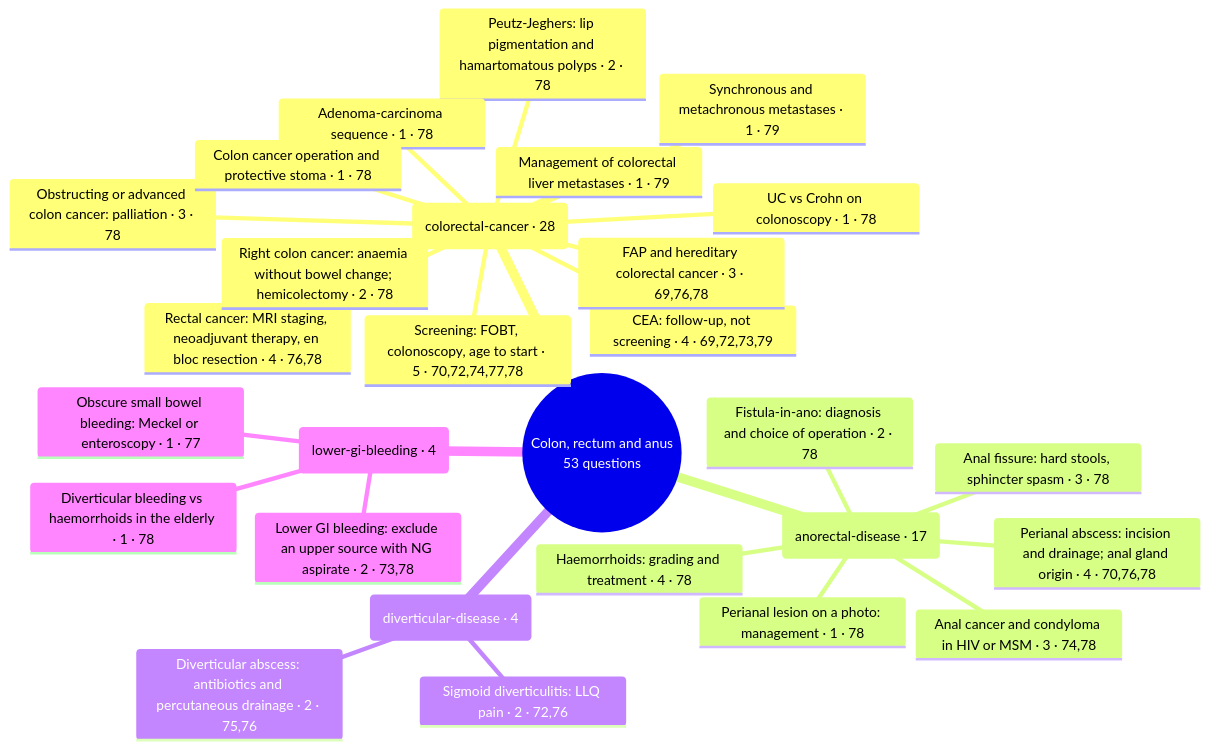
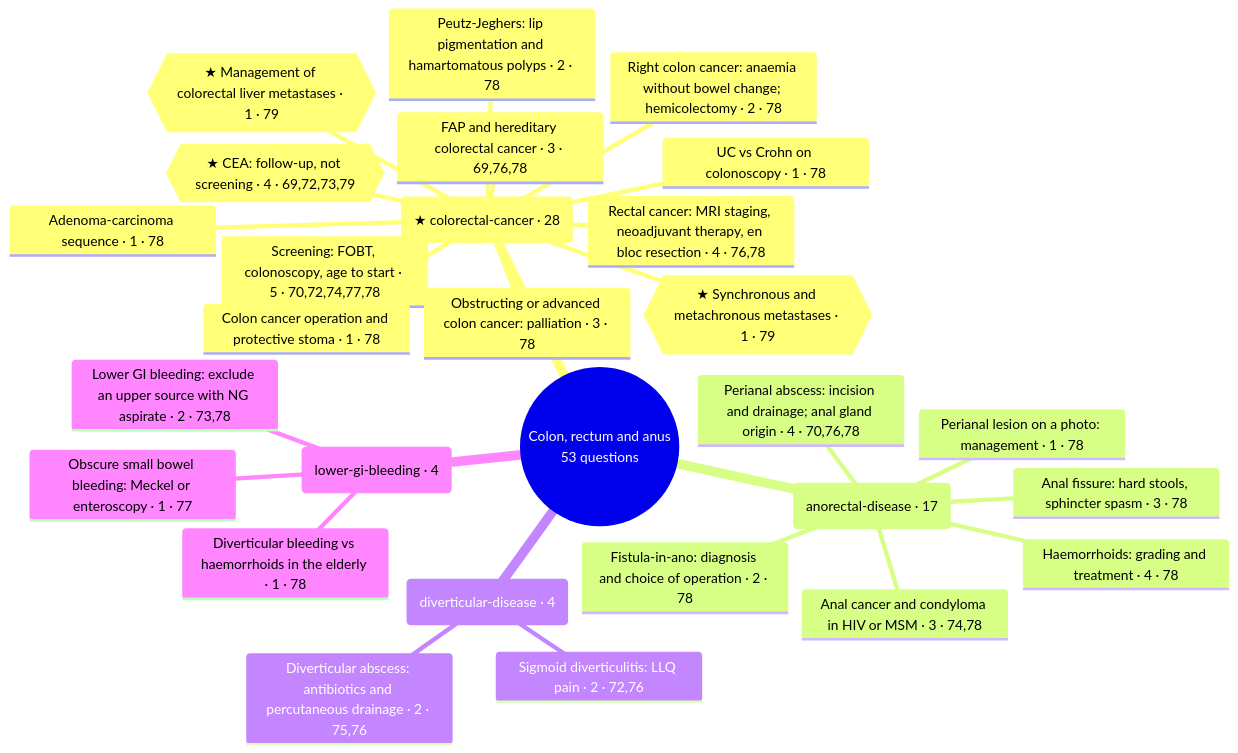
One commit to playerplayrh/surgery-year-4 changed the diagram in exam-map/mind-maps/colon-rectum-and-anus.md. Above: the diagram before and after it, drawn with Mermaid. The commit also changed other lines of this file and 16 other files, not shown here.

Commit message:
Highlight MDCU79 in the topic map and mind maps; fix Mermaid bracket labels

````diff
--- a/exam-map/mind-maps/colon-rectum-and-anus.md
+++ b/exam-map/mind-maps/colon-rectum-and-anus.md
@@ -14,31 +14,31 @@
 ```mermaid
 mindmap
   root((Colon, rectum and anus<br>53 questions))
-    (colorectal-cancer · 28)
+    (★ colorectal-cancer · 28)
       Screening: FOBT, colonoscopy, age to start · 5 · 70,72,74,77,78
-      CEA: follow-up, not screening · 4 · 69,72,73,79
+      {{★ CEA: follow-up, not screening · 4 · 69,72,73,79}}
       Rectal cancer: MRI staging, neoadjuvant therapy, en bloc resection · 4 · 76,78
       FAP and hereditary colorectal cancer · 3 · 69,76,78
       Obstructing or advanced colon cancer: palliation · 3 · 78
       Peutz-Jeghers: lip pigmentation and hamartomatous polyps · 2 · 78
       Right colon cancer: anaemia without bowel change; hemicolectomy · 2 · 78
       Adenoma-carcinoma sequence · 1 · 78
       Colon cancer operation and protective stoma · 1 · 78
-      Management of colorectal liver metastases · 1 · 79
-      Synchronous and metachronous metastases · 1 · 79
+      {{★ Management of colorectal liver metastases · 1 · 79}}
+      {{★ Synchronous and metachronous metastases · 1 · 79}}
       UC vs Crohn on colonoscopy · 1 · 78
     (anorectal-disease · 17)
       Haemorrhoids: grading and treatment · 4 · 78
       Perianal abscess: incision and drainage; anal gland origin · 4 · 70,76,78
       Anal cancer and condyloma in HIV or MSM · 3 · 74,78
       Anal fissure: hard stools, sphincter spasm · 3 · 78
       Fistula-in-ano: diagnosis and choice of operation · 2 · 78
       Perianal lesion on a photo: management · 1 · 78
     (diverticular-disease · 4)
       Diverticular abscess: antibiotics and percutaneous drainage · 2 · 75,76
       Sigmoid diverticulitis: LLQ pain · 2 · 72,76
     (lower-gi-bleeding · 4)
       Lower GI bleeding: exclude an upper source with NG aspirate · 2 · 73,78
       Diverticular bleeding vs haemorrhoids in the elderly · 1 · 78
       Obscure small bowel bleeding: Meckel or enteroscopy · 1 · 77
 ```
````
